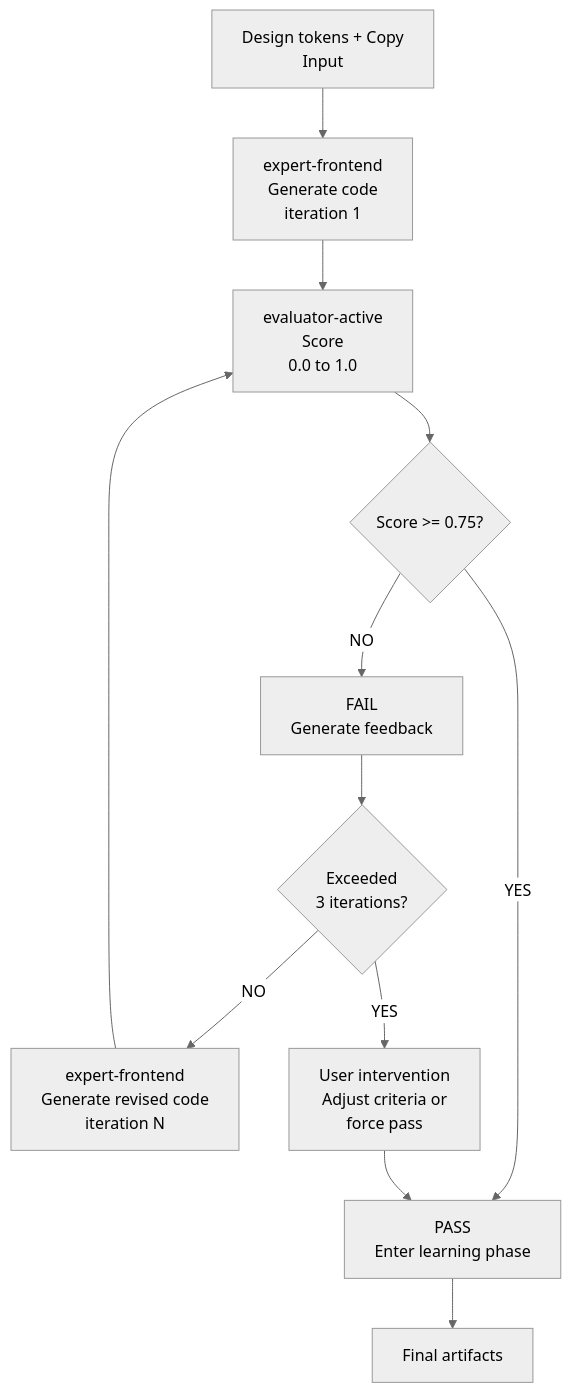
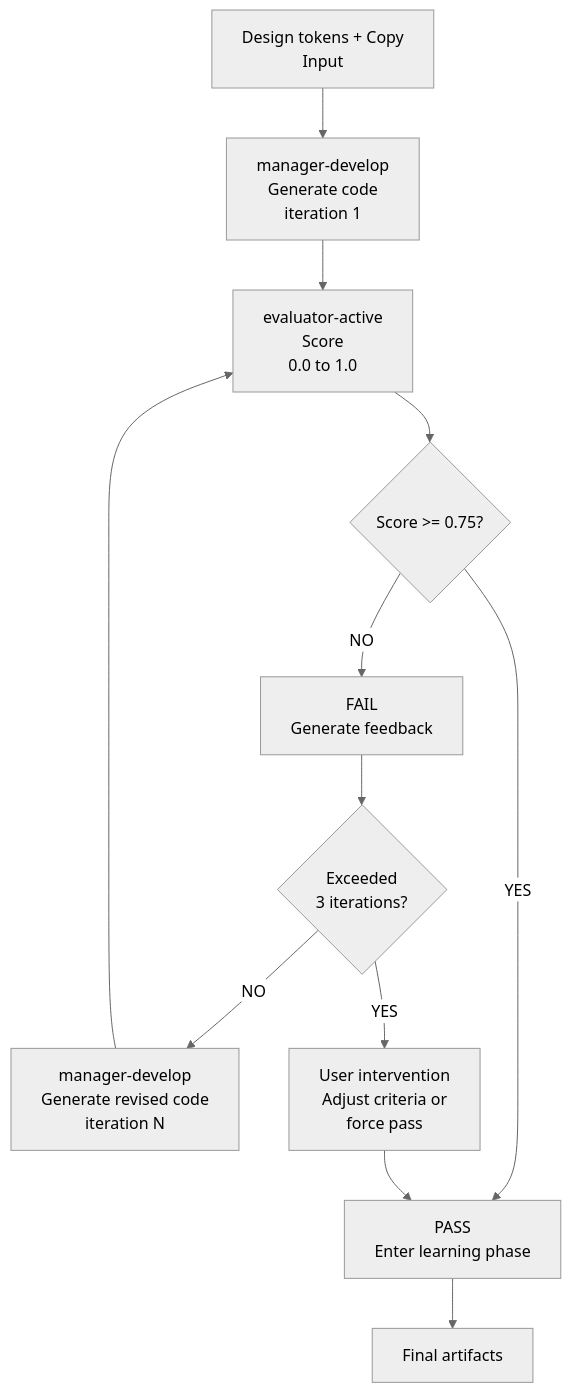
One commit to modu-ai/moai-adk changed the diagram in docs-site/content/en/design/gan-loop.md. Above: the diagram before and after it, drawn with Mermaid (neutral theme). The commit also changed other lines of this file and 153 other files, not shown here.

````diff
--- a/docs-site/content/en/design/gan-loop.md
+++ b/docs-site/content/en/design/gan-loop.md
@@ -14,14 +14,14 @@
 ```mermaid
 flowchart TD
-    A["Design tokens + Copy<br>Input"] --> B["expert-frontend<br>Generate code<br>iteration 1"]
+    A["Design tokens + Copy<br>Input"] --> B["manager-develop<br>Generate code<br>iteration 1"]
     B --> C["evaluator-active<br>Score<br>0.0 to 1.0"]
     C --> D{Score >= 0.75?}
     D -->|YES| E["PASS<br>Enter learning phase"]
     D -->|NO| F["FAIL<br>Generate feedback"]
     F --> G{Exceeded<br>3 iterations?}
-    G -->|NO| H["expert-frontend<br>Generate revised code<br>iteration N"]
+    G -->|NO| H["manager-develop<br>Generate revised code<br>iteration N"]
     H --> C
     G -->|YES| I["User intervention<br>Adjust criteria or<br>force pass"]
     I --> E
     E --> J["Final artifacts"]
 ```
````
